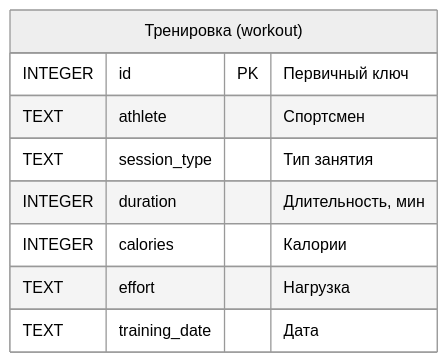
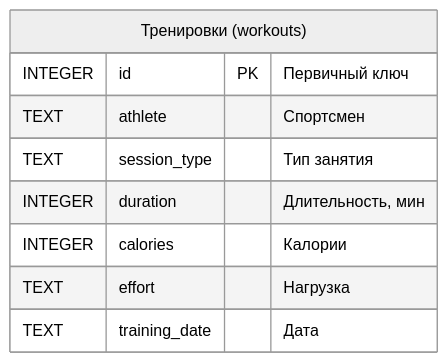
One commit to vshp-online/it.vshp.online changed the diagram in disciplines/it03/lectures/includes/trainer_workouts_db/trainer_workouts.mermaid. Above: the diagram before and after it, drawn with Mermaid (neutral theme). The commit also changed 8 other files, not shown here.

```diff
--- a/disciplines/it03/lectures/includes/trainer_workouts_db/trainer_workouts.mermaid
+++ b/disciplines/it03/lectures/includes/trainer_workouts_db/trainer_workouts.mermaid
@@ -1,11 +1,11 @@
 erDiagram
   %% Журнал персональных тренировок
-  workouts["Тренировка (workout)"] {
+  workouts["Тренировки (workouts)"] {
     INTEGER    id PK            "Первичный ключ"
     TEXT       athlete          "Спортсмен"
     TEXT       session_type     "Тип занятия"
     INTEGER    duration         "Длительность, мин"
     INTEGER    calories         "Калории"
     TEXT       effort           "Нагрузка"
     TEXT       training_date    "Дата"
   }
```
